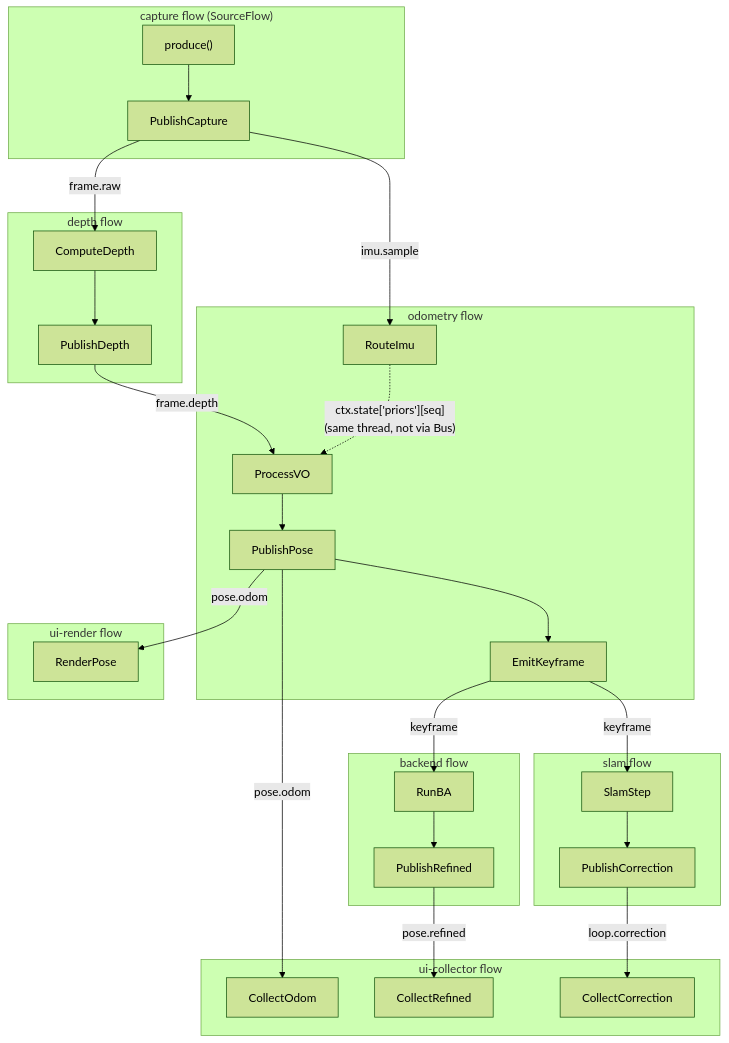
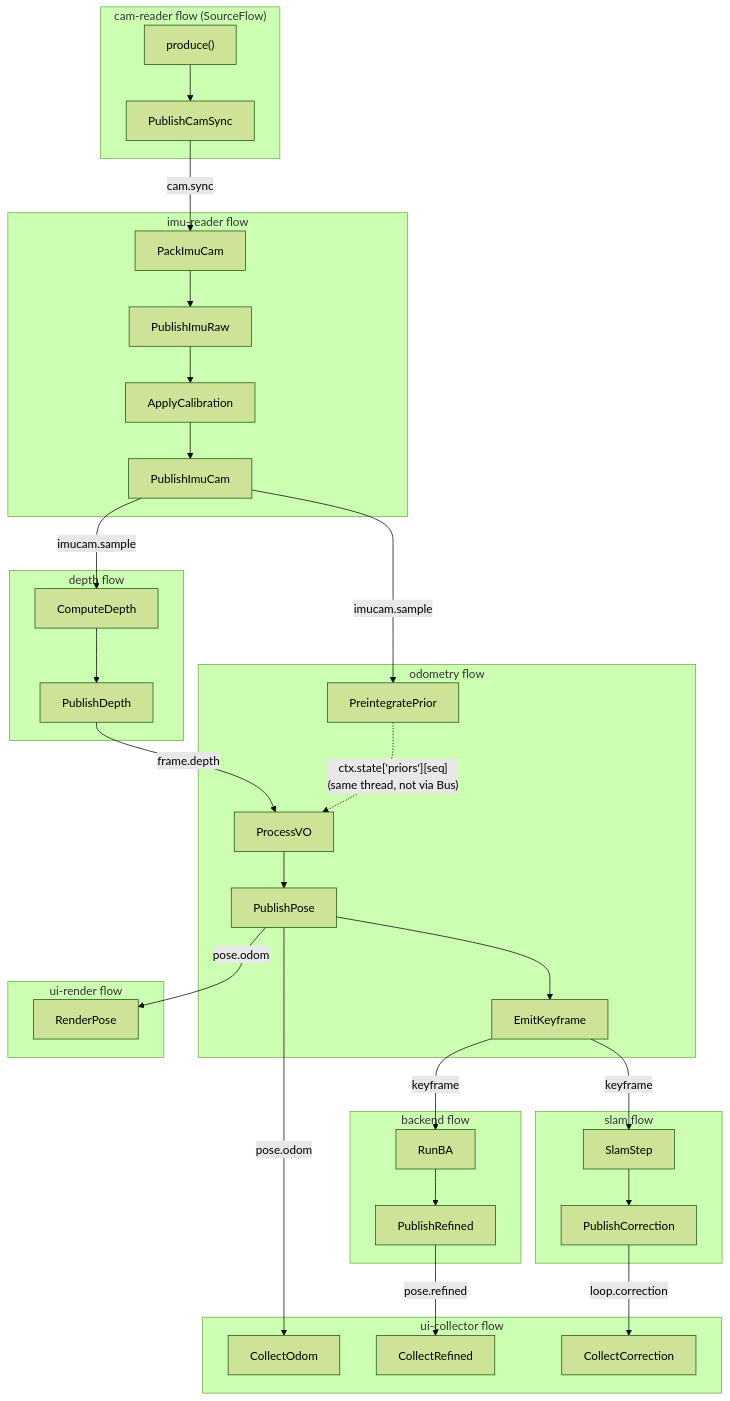
One commit to hqbao/flight-vio changed the diagram in ours/ARCHITECTURE.md. Above: the diagram before and after it, drawn with Mermaid (forest theme). The commit also changed other lines of this file and 24 other files, not shown here.

First line of the commit message:
flow: unify acquisition front-end (cam_reader+imu_reader feed VIO)

````diff
--- a/ours/ARCHITECTURE.md
+++ b/ours/ARCHITECTURE.md
@@ -112,39 +120,43 @@
 ```mermaid
 flowchart TD
-    subgraph CAP["capture flow (SourceFlow)"]
-        PROD["produce()"] --> PCAP["PublishCapture"]
+    subgraph CAM["cam-reader flow (SourceFlow)"]
+        PRODC["produce()"] --> PCS["PublishCamSync"]
+    end
+    subgraph IMU["imu-reader flow"]
+        PIC["PackImuCam"] --> PIR["PublishImuRaw"] --> AC["ApplyCalibration"] --> PICAM["PublishImuCam"]
     end
     subgraph DEP["depth flow"]
         CD["ComputeDepth"] --> PD["PublishDepth"]
     end
     subgraph ODO["odometry flow"]
-        RI["RouteImu"]
+        PIP["PreintegratePrior"]
         PV["ProcessVO"] --> PP["PublishPose"] --> EK["EmitKeyframe"]
     end
     subgraph BCK["backend flow"]
         RB["RunBA"] --> PR["PublishRefined"]
     end
     subgraph SLM["slam flow"]
         SS["SlamStep"] --> PC2["PublishCorrection"]
     end
     subgraph UIC["ui-collector flow"]
         COd["CollectOdom"]
         CRf["CollectRefined"]
         CCo["CollectCorrection"]
     end
     subgraph UIR["ui-render flow"]
         RP["RenderPose"]
     end
 
-    PCAP -- "frame.raw" --> CD
-    PCAP -- "imu.sample" --> RI
+    PCS -- "cam.sync" --> PIC
+    PICAM -- "imucam.sample" --> CD
+    PICAM -- "imucam.sample" --> PIP
     PD -- "frame.depth" --> PV
     PP -- "pose.odom" --> COd
     PP -- "pose.odom" --> RP
     EK -- "keyframe" --> RB
     EK -- "keyframe" --> SS
     PR -- "pose.refined" --> CRf
     PC2 -- "loop.correction" --> CCo
 
-    RI -. "ctx.state['priors'][seq]\n(same thread, not via Bus)" .-> PV
+    PIP -. "ctx.state['priors'][seq]\n(same thread, not via Bus)" .-> PV
 ```
````
